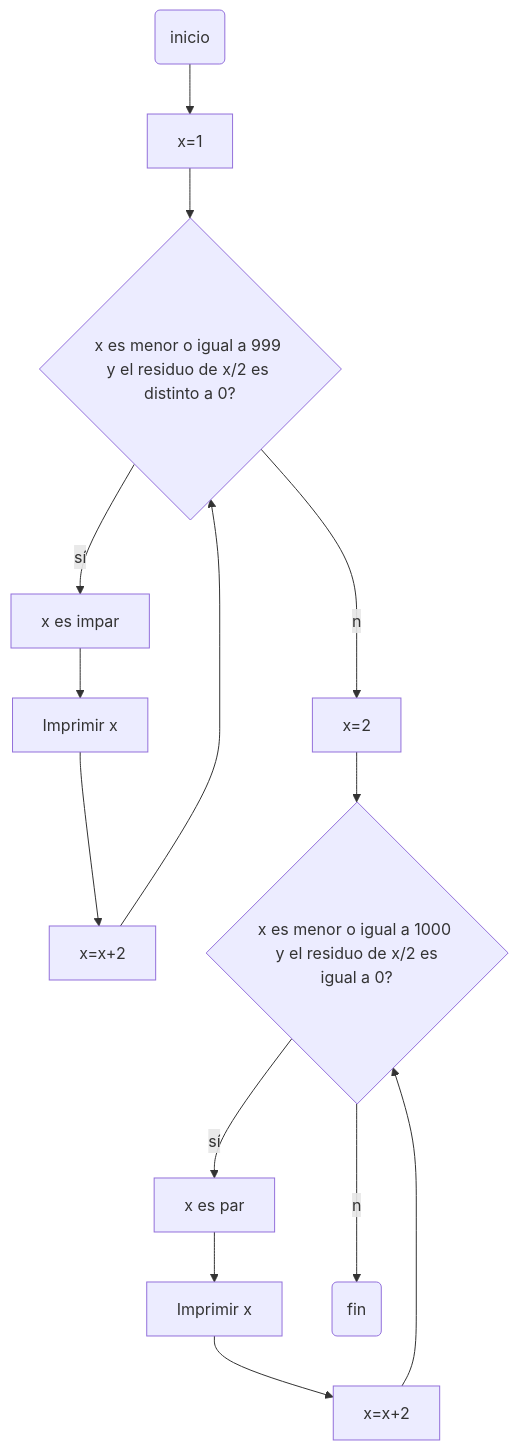
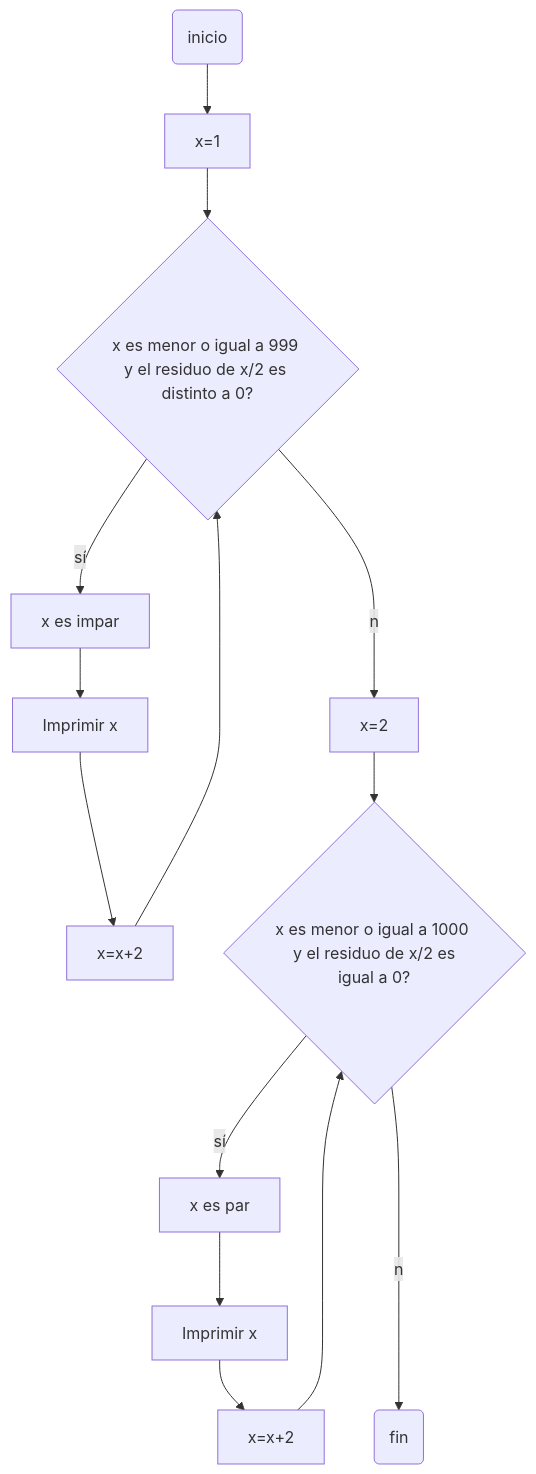
One commit to pjimenezq/while changed the second of 2 diagrams in README.md. Above: the diagram before and after it, drawn with Mermaid.

````diff
--- a/README.md
+++ b/README.md
@@ -27,16 +27,16 @@
 ```mermaid
 flowchart TD
 A(inicio)-->B[x=1]
 B-->C{x es menor o igual a 999 y el residuo de x/2 es distinto a 0?}
 C--sí-->D[x es impar]
 D-->E[Imprimir x]
 E-->F[x=x+2]
 F-->C
 C--no-->G[x=2]
 G-->H{x es menor o igual a 1000  y el residuo de x/2 es igual a 0?}
 H--sí-->I[x es par]
 I-->K[Imprimir x]
 K-->L[x=x+2]
 L-->H
-H--no-->M(fin)
+H--no--->M(fin)
 ```
````
